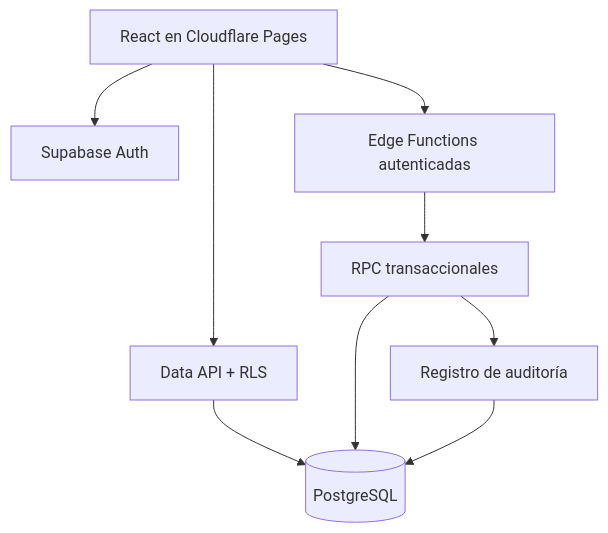
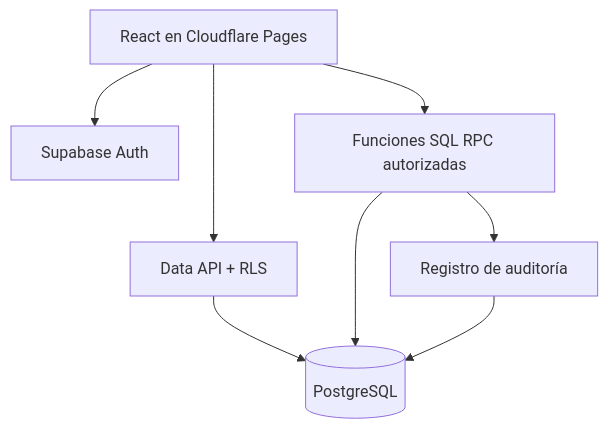
One commit to MaThUZiB/SGIC-Terneros changed the diagram in docs/CLOUD_MIGRATION.md. Above: the diagram before and after it, drawn with Mermaid. The commit also changed other lines of this file and 17 other files, not shown here.

First line of the commit message:
feat: módulos operativos y RPC transaccionales SGIC (#3)

````diff
--- a/docs/CLOUD_MIGRATION.md
+++ b/docs/CLOUD_MIGRATION.md
@@ -14,11 +14,10 @@
 ```mermaid
 flowchart TD
  Browser[React en Cloudflare Pages] --> Auth[Supabase Auth]
  Browser --> Data[Data API + RLS]
- Browser --> Fn[Edge Functions autenticadas]
+ Browser --> RPC[Funciones SQL RPC autorizadas]
  Data --> DB[(PostgreSQL)]
- Fn --> RPC[RPC transaccionales]
  RPC --> DB
  RPC --> Audit[Registro de auditoría]
  Audit --> DB
 ```
````
